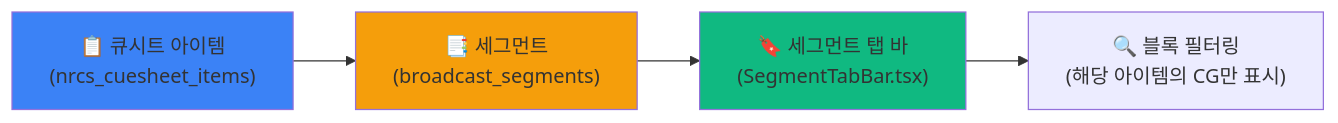
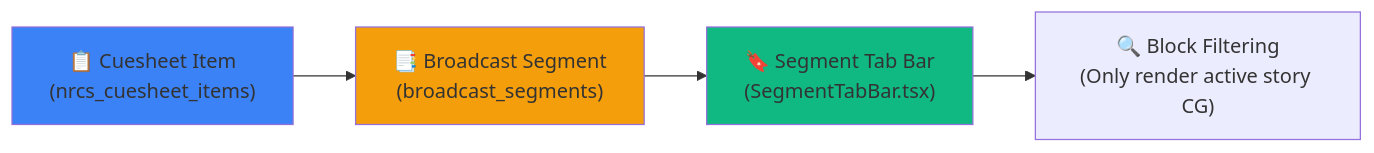
The sixth of 6 diagrams in webcg-k/docs/guide/NRCS_CUESHEET_WORKFLOW.md (gkisanet/webcg-k), drawn with Mermaid before and after one commit. The commit also changed other lines of this file and 39 other files, not shown here.

````diff
--- a/webcg-k/docs/guide/NRCS_CUESHEET_WORKFLOW.md
+++ b/webcg-k/docs/guide/NRCS_CUESHEET_WORKFLOW.md
@@ -481,10 +480,10 @@
 ```mermaid
 flowchart LR
-    CI["📋 큐시트 아이템<br/>(nrcs_cuesheet_items)"] --> SEG["📑 세그먼트<br/>(broadcast_segments)"]
-    SEG --> TAB["🔖 세그먼트 탭 바<br/>(SegmentTabBar.tsx)"]
-    TAB --> FILTER["🔍 블록 필터링<br/>(해당 아이템의 CG만 표시)"]
+    CI["📋 Cuesheet Item<br/>(nrcs_cuesheet_items)"] --> SEG["📑 Broadcast Segment<br/>(broadcast_segments)"]
+    SEG --> TAB["🔖 Segment Tab Bar<br/>(SegmentTabBar.tsx)"]
+    TAB --> FILTER["🔍 Block Filtering<br/>(Only render active story CG)"]
 
     style CI fill:#3b82f6
     style SEG fill:#f59e0b
     style TAB fill:#10b981
 ```
````
